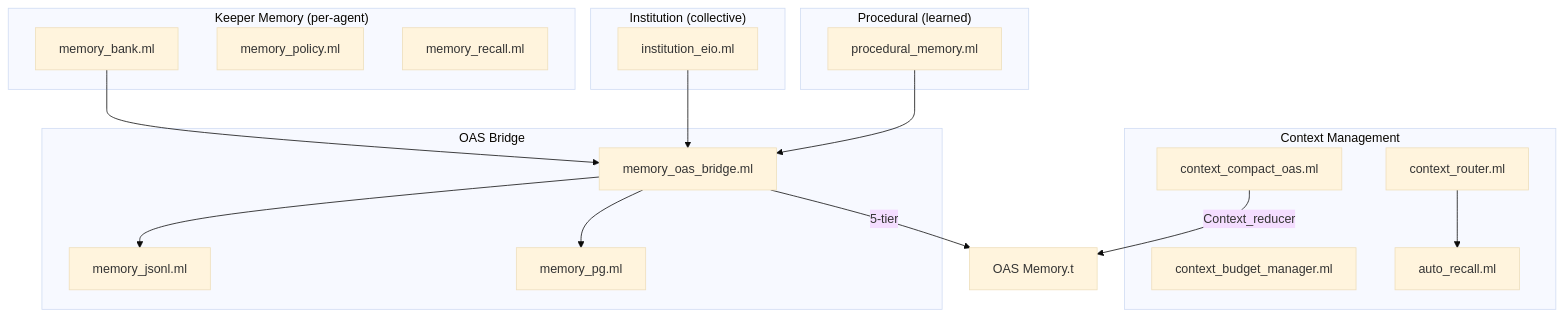
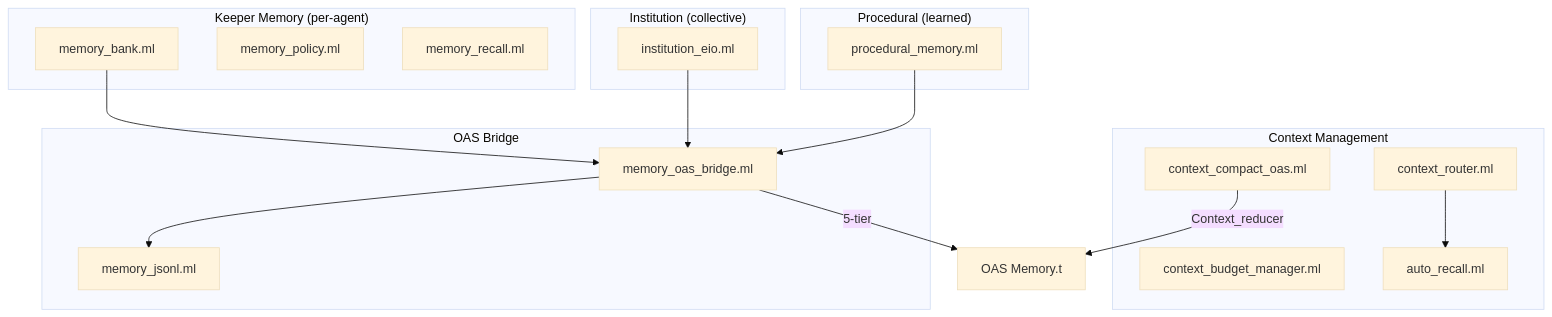
Before and after one commit to jeong-sik/masc: the diagram in docs/spec/12-memory-systems.md, drawn with Mermaid (base theme). The commit also changed other lines of this file and 14 other files, not shown here.

````diff
--- a/docs/spec/12-memory-systems.md
+++ b/docs/spec/12-memory-systems.md
@@ -44,33 +44,31 @@
 ```mermaid
 graph TB
   subgraph "Keeper Memory (per-agent)"
     MB[memory_bank.ml]
     MP[memory_policy.ml]
     MR[memory_recall.ml]
   end
   subgraph "Institution (collective)"
     IE[institution_eio.ml]
   end
   subgraph "Procedural (learned)"
     PM[procedural_memory.ml]
   end
   subgraph "Context Management"
     CB[context_budget_manager.ml]
     CC[context_compact_oas.ml]
     CR[context_router.ml]
     AR[auto_recall.ml]
   end
   subgraph "OAS Bridge"
     MOB[memory_oas_bridge.ml]
     MJ[memory_jsonl.ml]
-    MPG[memory_pg.ml]
   end
   MB --> MOB
   IE --> MOB
   PM --> MOB
   MOB --> MJ
-  MOB --> MPG
   MOB -->|"5-tier"| OAS["OAS Memory.t"]
   CR --> AR
   CC -->|"Context_reducer"| OAS
 ```
````
